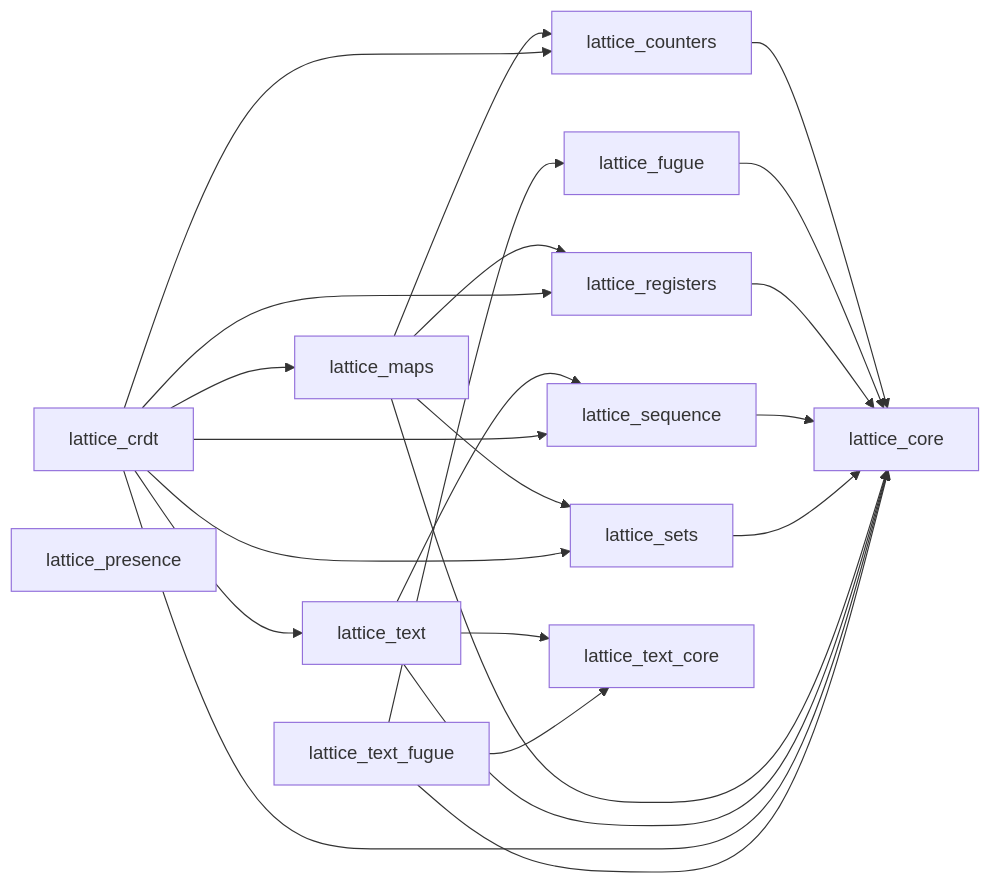
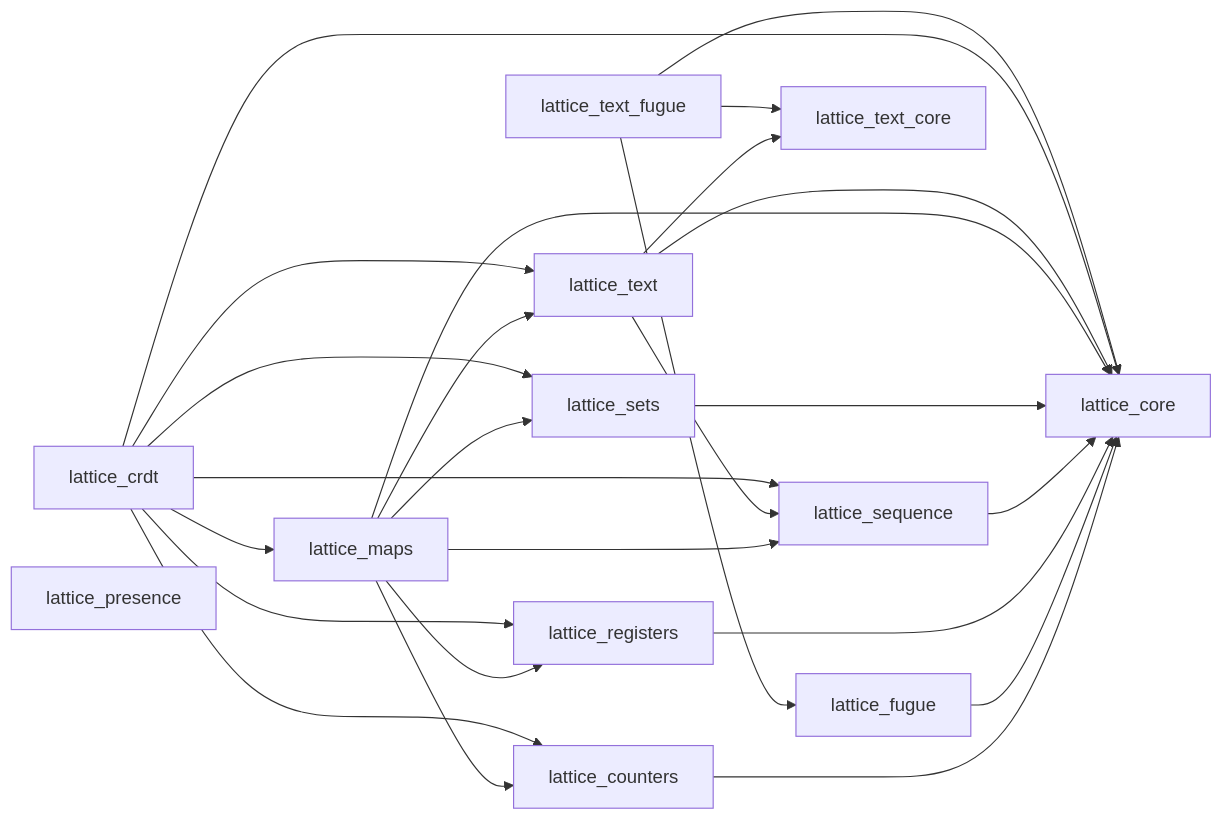
The diagram in website/src/content/docs/packages.mdx (tylerbutler/lattice), drawn with Mermaid before and after one commit. The commit also changed 81 other files, not shown here.

````diff
--- a/website/src/content/docs/packages.mdx
+++ b/website/src/content/docs/packages.mdx
@@ -18,26 +18,28 @@
 ```mermaid
 graph LR
     lattice_counters --> lattice_core
     lattice_fugue --> lattice_core
     lattice_registers --> lattice_core
     lattice_sequence --> lattice_core
     lattice_sets --> lattice_core
     lattice_maps --> lattice_core
     lattice_maps --> lattice_counters
     lattice_maps --> lattice_registers
+    lattice_maps --> lattice_sequence
     lattice_maps --> lattice_sets
+    lattice_maps --> lattice_text
     lattice_text --> lattice_core
     lattice_text --> lattice_sequence
     lattice_text --> lattice_text_core
     lattice_crdt --> lattice_core
     lattice_crdt --> lattice_counters
     lattice_crdt --> lattice_registers
     lattice_crdt --> lattice_sequence
     lattice_crdt --> lattice_sets
     lattice_crdt --> lattice_maps
     lattice_crdt --> lattice_text
     lattice_text_fugue --> lattice_core
     lattice_text_fugue --> lattice_fugue
     lattice_text_fugue --> lattice_text_core
     lattice_presence
 ```
````
